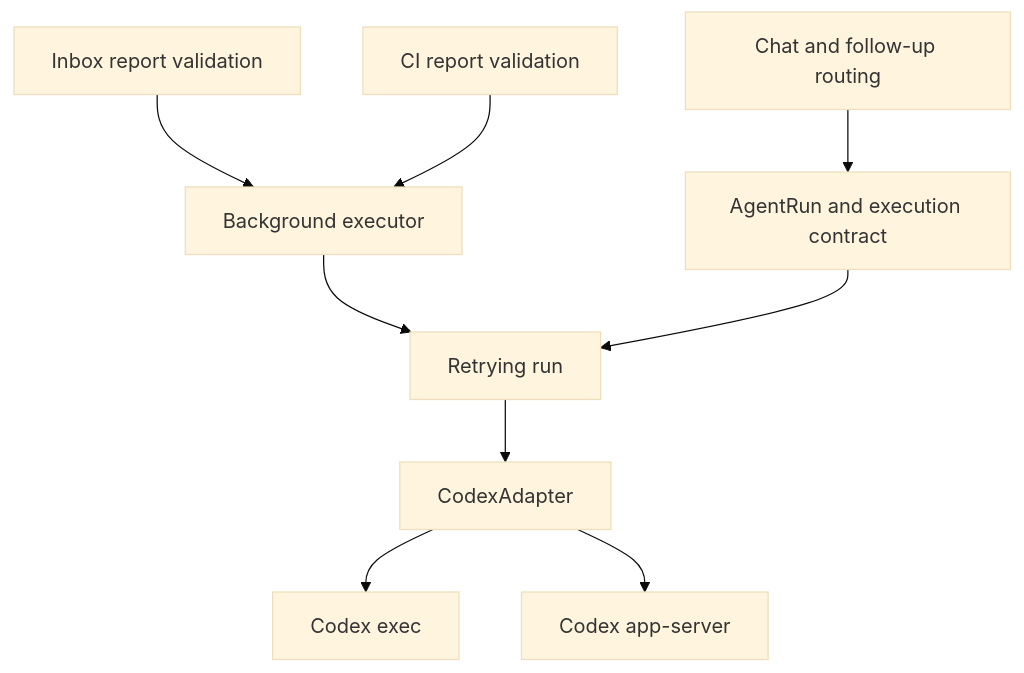
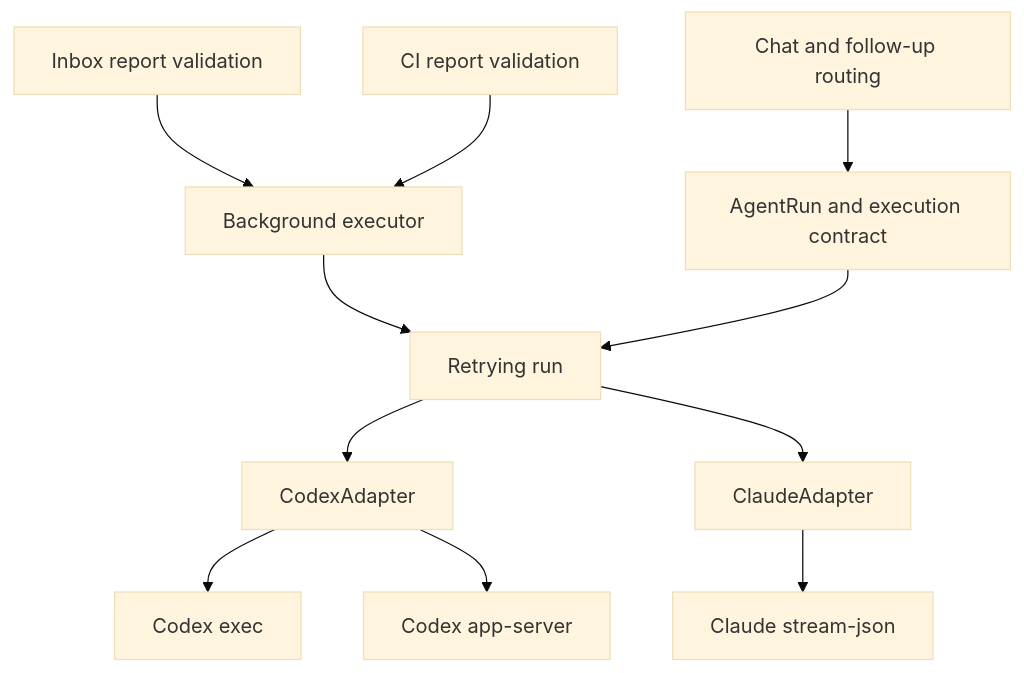
The diagram in docs/agent-execution.md (KuribohG/lark-coding-agent-bridge), drawn with Mermaid (base theme) before and after one commit. The commit also changed other lines of this file and 33 other files, not shown here.

````diff
--- a/docs/agent-execution.md
+++ b/docs/agent-execution.md
@@ -8,11 +8,13 @@
 ```mermaid
 flowchart TD
   Chat[Chat and follow-up routing] --> Run[AgentRun and execution contract]
   Inbox[Inbox report validation] --> Background[Background executor]
   CI[CI report validation] --> Background
   Background --> Retry[Retrying run]
   Run --> Retry
   Retry --> Adapter[CodexAdapter]
   Adapter --> Exec[Codex exec]
   Adapter --> Server[Codex app-server]
+  Retry --> Claude[ClaudeAdapter]
+  Claude --> Stream[Claude stream-json]
 ```
````
